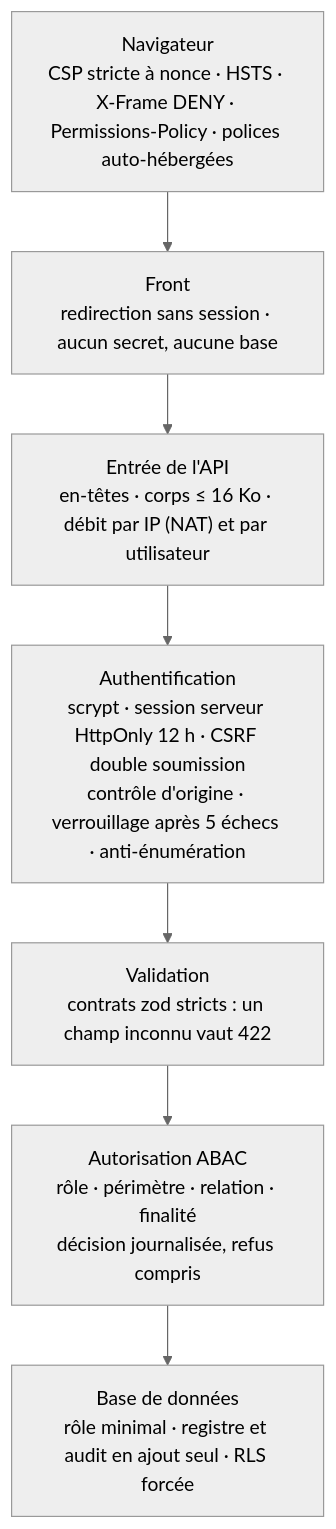
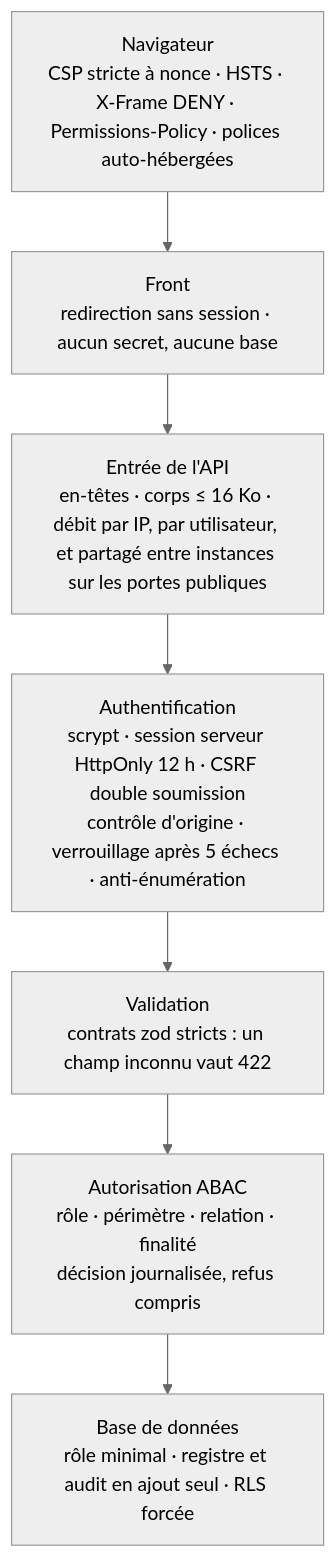
Before and after one commit to ahetansaid/EduTech: the sixth of 8 diagrams in README.md, drawn with Mermaid (neutral theme). The commit also changed other lines of this file and 23 other files, not shown here.

````diff
--- a/README.md
+++ b/README.md
@@ -276,11 +285,11 @@
 ```mermaid
 flowchart TB
     A["Navigateur<br/>CSP stricte à nonce · HSTS · X-Frame DENY · Permissions-Policy · polices auto-hébergées"]
     B["Front<br/>redirection sans session · aucun secret, aucune base"]
-    C["Entrée de l'API<br/>en-têtes · corps ≤ 16 Ko · débit par IP (NAT) et par utilisateur"]
+    C["Entrée de l'API<br/>en-têtes · corps ≤ 16 Ko · débit par IP, par utilisateur, et partagé entre instances sur les portes publiques"]
     D["Authentification<br/>scrypt · session serveur HttpOnly 12 h · CSRF double soumission<br/>contrôle d'origine · verrouillage après 5 échecs · anti-énumération"]
     E["Validation<br/>contrats zod stricts : un champ inconnu vaut 422"]
     F["Autorisation ABAC<br/>rôle · périmètre · relation · finalité<br/>décision journalisée, refus compris"]
     G["Base de données<br/>rôle minimal · registre et audit en ajout seul · RLS forcée"]
     A --> B --> C --> D --> E --> F --> G
 ```
````
